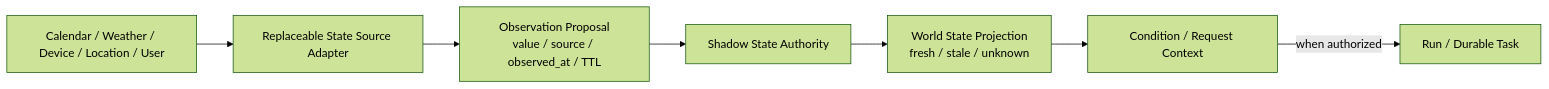
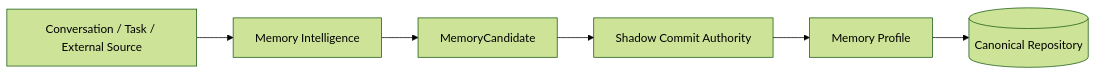
Before and after one commit to wzw57/OpenShadow: the third of 3 diagrams in docs/architecture.md, drawn with Mermaid (forest theme). The commit also changed other lines of this file, not shown here.

Commit message:
docs: apply core diet to docs/architecture.md

```diff
--- a/docs/architecture.md
+++ b/docs/architecture.md
@@ -377,13 +270,11 @@
 ~~~mermaid
 flowchart LR
-    SOURCE["Calendar / Weather / Device / Location / User"]
-    CONNECTOR["Replaceable State Source Adapter"]
-    OBS["Observation Proposal<br/>value / source / observed_at / TTL"]
-    AUTH["Shadow State Authority"]
-    WORLD["World State Projection<br/>fresh / stale / unknown"]
-    COND["Condition / Request Context"]
+    SOURCE["Conversation / Task / External Source"]
+    ENGINE["Memory Intelligence"]
+    CANDIDATE["MemoryCandidate"]
+    AUTH["Shadow Commit Authority"]
+    PROFILE["Memory Profile"]
+    STORE[("Canonical Repository")]
 
-    SOURCE --> CONNECTOR --> OBS --> AUTH
-    AUTH --> WORLD --> COND
-    COND -->|"when authorized"| DISPATCH["Run / Durable Task"]
+    SOURCE --> ENGINE --> CANDIDATE --> AUTH --> PROFILE --> STORE
 ~~~
```
